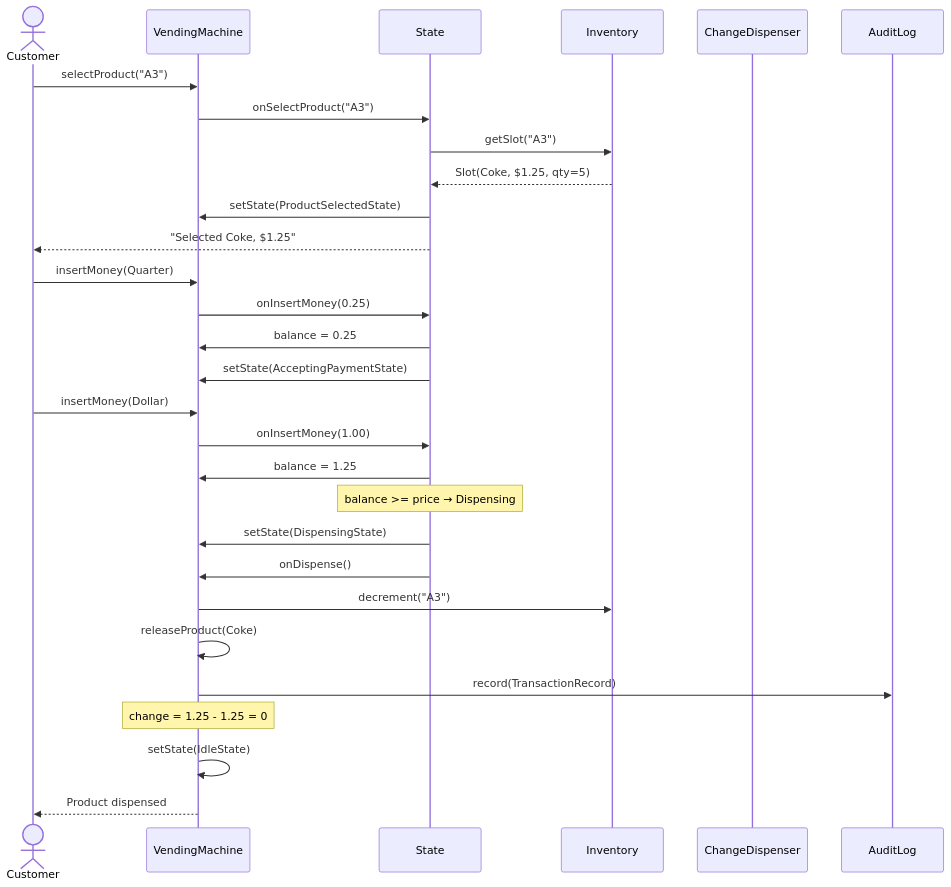
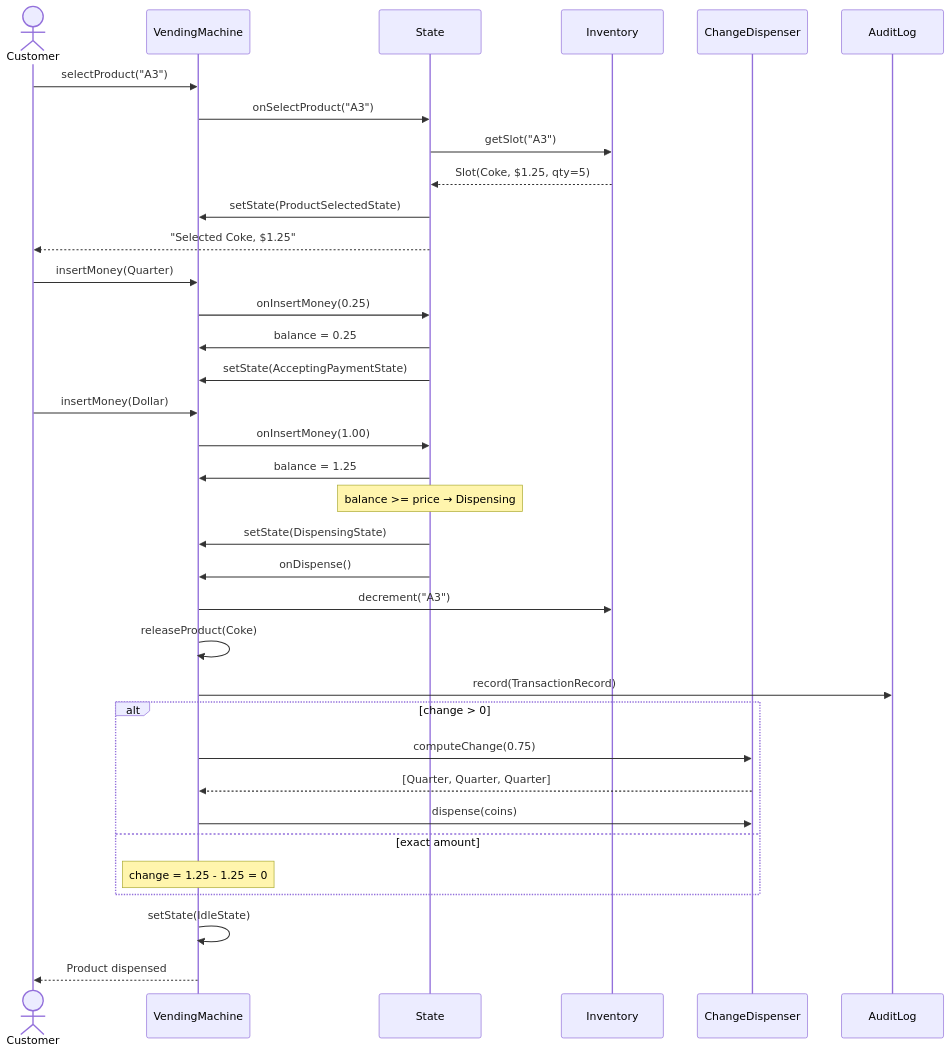
Before and after one commit to akeverus/cheat-sheet: the fourth of 4 diagrams in cheatsheets/interview/system-design/design-vending-machine-oo-interview.md, drawn with Mermaid. The commit also changed other lines of this file, not shown here.

````diff
--- a/cheatsheets/interview/system-design/design-vending-machine-oo-interview.md
+++ b/cheatsheets/interview/system-design/design-vending-machine-oo-interview.md
@@ -600,35 +640,41 @@
 ```mermaid
 sequenceDiagram
     actor C as Customer
     participant VM as VendingMachine
     participant S as State
     participant Inv as Inventory
     participant CD as ChangeDispenser
     participant Log as AuditLog
 
     C->>VM: selectProduct("A3")
     VM->>S: onSelectProduct("A3")
     S->>Inv: getSlot("A3")
     Inv-->>S: Slot(Coke, $1.25, qty=5)
     S->>VM: setState(ProductSelectedState)
     S-->>C: "Selected Coke, $1.25"
 
     C->>VM: insertMoney(Quarter)
     VM->>S: onInsertMoney(0.25)
     S->>VM: balance = 0.25
     S->>VM: setState(AcceptingPaymentState)
 
     C->>VM: insertMoney(Dollar)
     VM->>S: onInsertMoney(1.00)
     S->>VM: balance = 1.25
     Note over S: balance >= price → Dispensing
     S->>VM: setState(DispensingState)
     S->>VM: onDispense()
 
     VM->>Inv: decrement("A3")
     VM->>VM: releaseProduct(Coke)
     VM->>Log: record(TransactionRecord)
-    Note over VM: change = 1.25 - 1.25 = 0
+    alt change > 0
+        VM->>CD: computeChange(0.75)
+        CD-->>VM: [Quarter, Quarter, Quarter]
+        VM->>CD: dispense(coins)
+    else exact amount
+        Note over VM: change = 1.25 - 1.25 = 0
+    end
     VM->>VM: setState(IdleState)
     VM-->>C: Product dispensed
 ```
````
